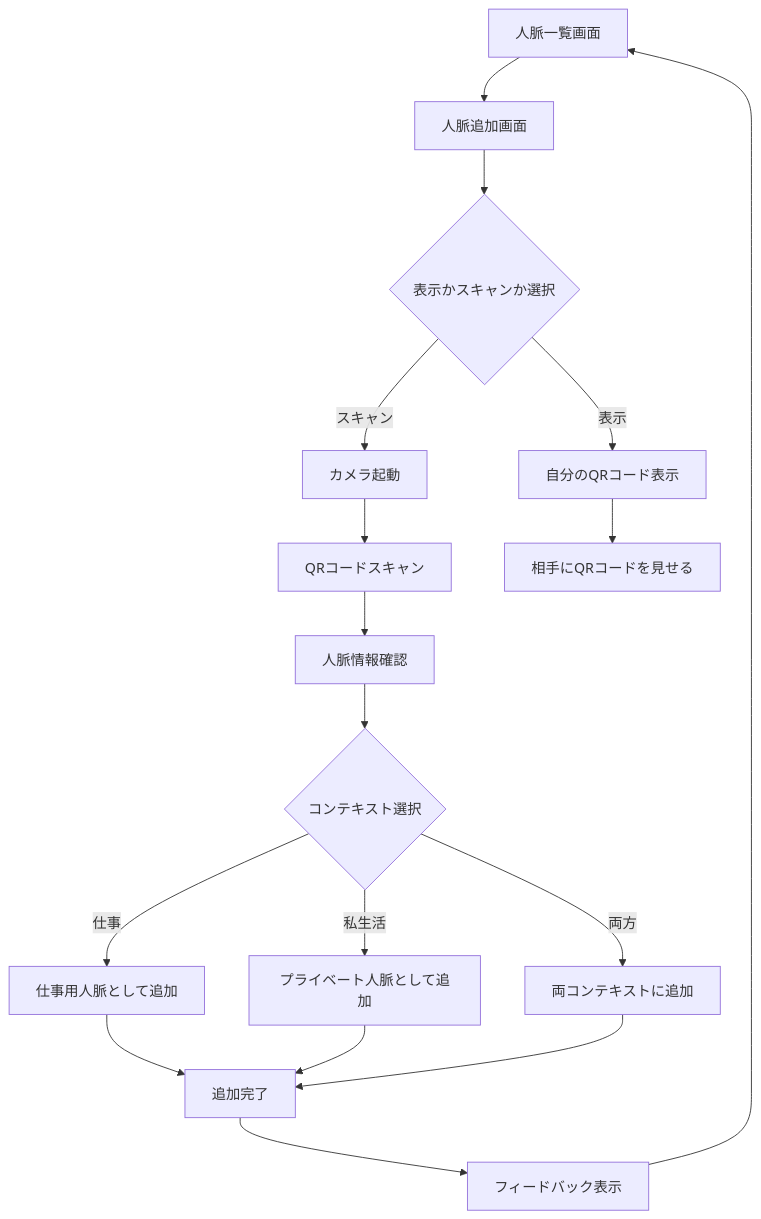
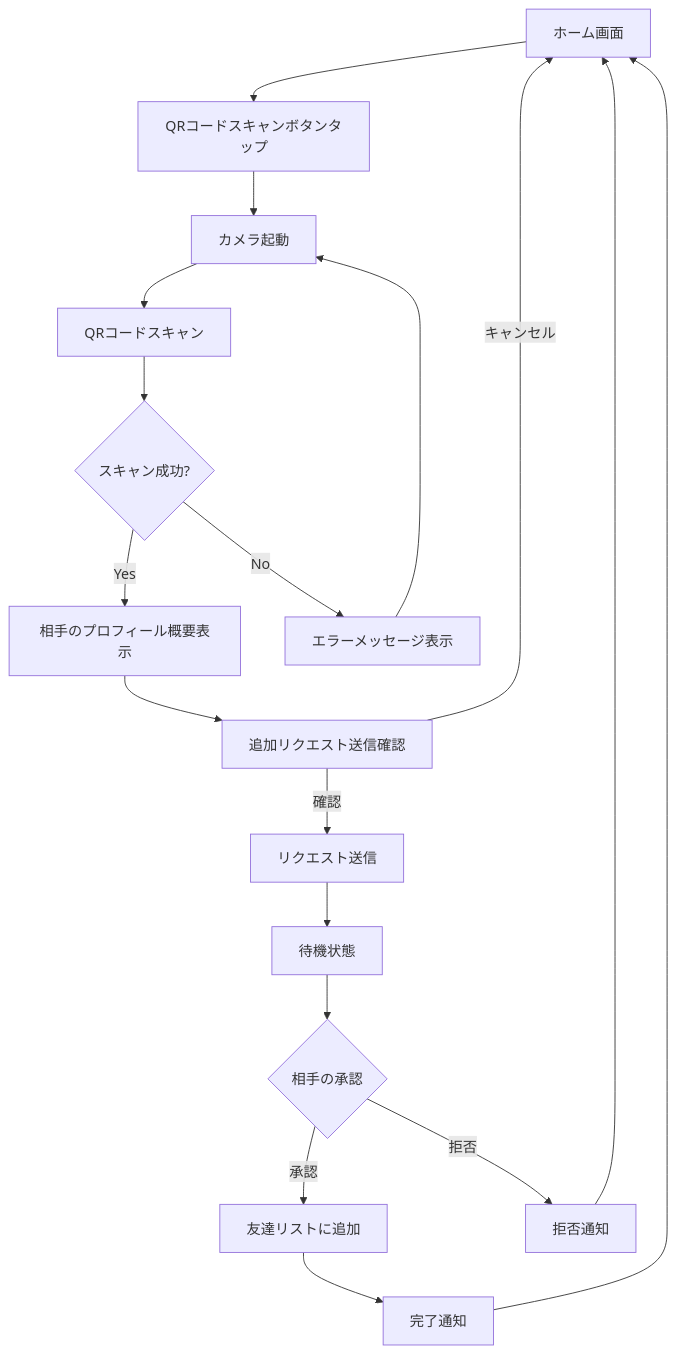
Before and after one commit to hamatz/tech_doc: the eighth of 13 diagrams in uiux_book.md, drawn with Mermaid. The commit also changed other lines of this file and 4 other files, not shown here.

````diff
--- a/uiux_book.md
+++ b/uiux_book.md
@@ -1549,19 +1549,20 @@
 ```mermaid
 graph TD
-    A[人脈一覧画面] --> B[人脈追加画面]
-    B --> C{表示かスキャンか選択}
-    C -->|表示| D[自分のQRコード表示]
-    C -->|スキャン| E[カメラ起動]
-    E --> F[QRコードスキャン]
-    F --> G[人脈情報確認]
-    G --> H{コンテキスト選択}
-    H -->|仕事| I[仕事用人脈として追加]
-    H -->|私生活| J[プライベート人脈として追加]
-    H -->|両方| K[両コンテキストに追加]
-    I --> L[追加完了]
-    J --> L
-    K --> L
-    L --> M[フィードバック表示]
+    A[ホーム画面] --> B[QRコードスキャンボタンタップ]
+    B --> C[カメラ起動]
+    C --> D[QRコードスキャン]
+    D --> E{スキャン成功?}
+    E -->|Yes| F[相手のプロフィール概要表示]
+    E -->|No| G[エラーメッセージ表示]
+    G --> C
+    F --> H[追加リクエスト送信確認]
+    H -->|確認| I[リクエスト送信]
+    H -->|キャンセル| A
+    I --> J[待機状態]
+    J --> K{相手の承認}
+    K -->|承認| L[友達リストに追加]
+    K -->|拒否| M[拒否通知]
+    L --> N[完了通知]
     M --> A
-    D --> N[相手にQRコードを見せる]
+    N --> A
 ```
````
